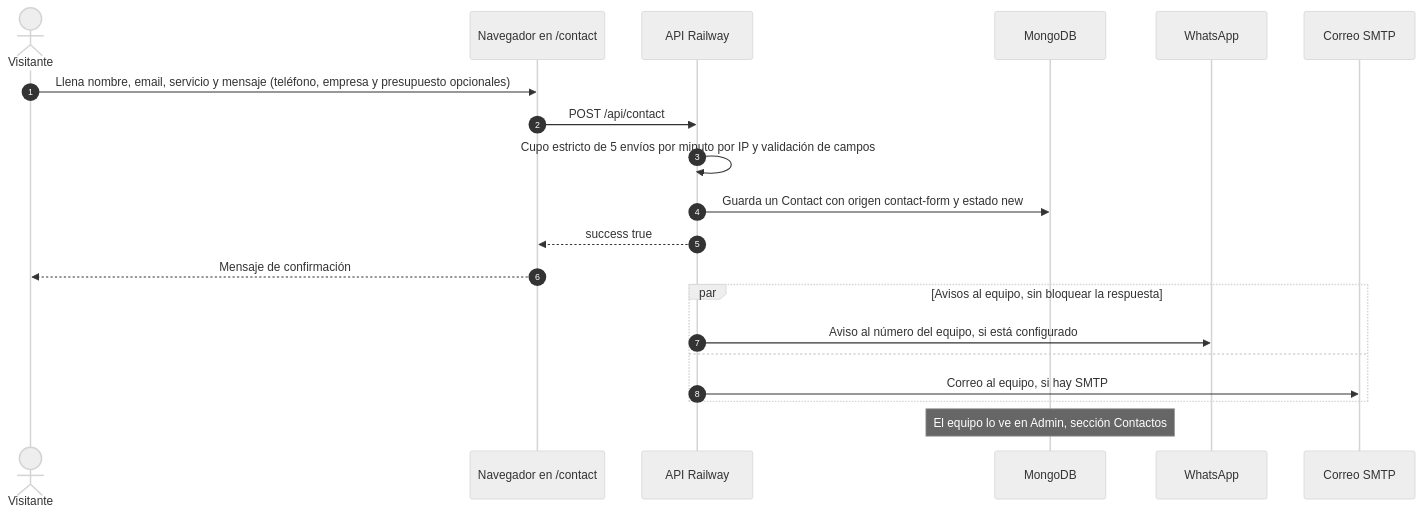
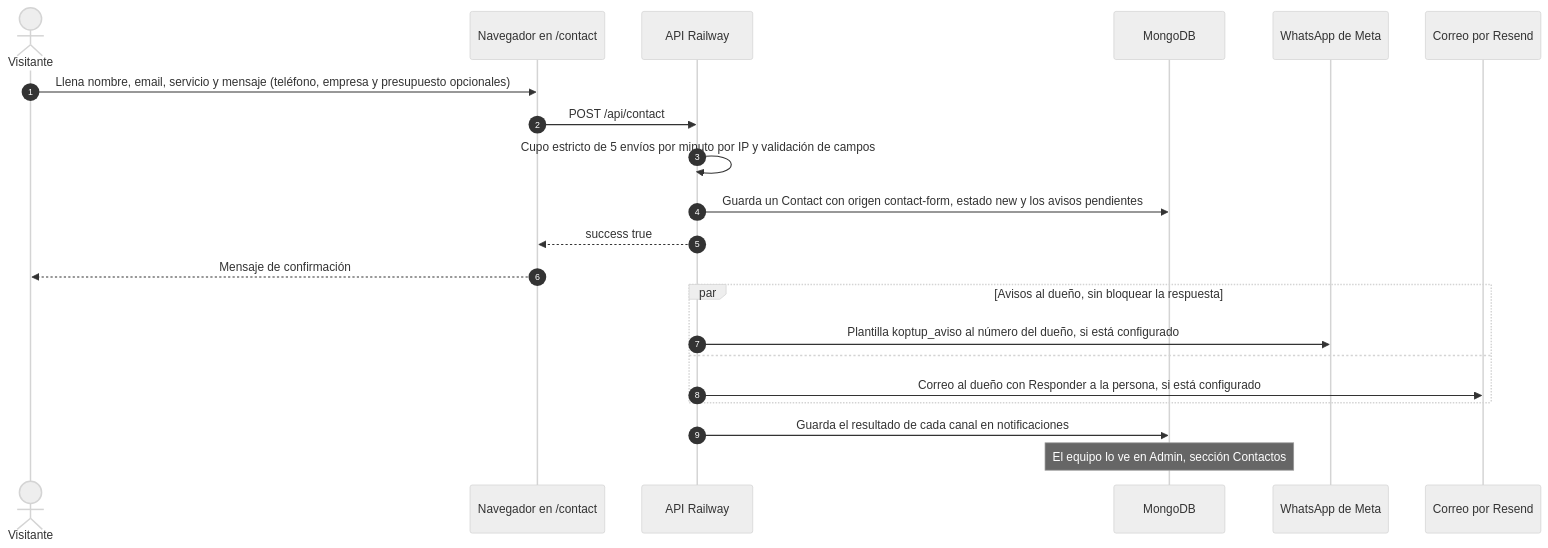
Before and after one commit to ronalc90/koptup: the fourth of 8 diagrams in docs/wiki/Doc-01-Arquitectura.md, drawn with Mermaid (neutral theme). The commit also changed other lines of this file and 45 other files, not shown here.

First line of the commit message:
docs(avisos): configuración de Resend y de la plantilla de WhatsApp, operación y wiki

````diff
--- a/docs/wiki/Doc-01-Arquitectura.md
+++ b/docs/wiki/Doc-01-Arquitectura.md
@@ -255,23 +256,24 @@
 ```mermaid
 sequenceDiagram
     autonumber
     actor V as Visitante
     participant N as Navegador en /contact
     participant A as API Railway
     participant D as MongoDB
-    participant W as WhatsApp
-    participant S as Correo SMTP
+    participant W as WhatsApp de Meta
+    participant S as Correo por Resend
 
     V->>N: Llena nombre, email, servicio y mensaje (teléfono, empresa y presupuesto opcionales)
     N->>A: POST /api/contact
     A->>A: Cupo estricto de 5 envíos por minuto por IP y validación de campos
-    A->>D: Guarda un Contact con origen contact-form y estado new
+    A->>D: Guarda un Contact con origen contact-form, estado new y los avisos pendientes
     A-->>N: success true
     N-->>V: Mensaje de confirmación
-    par Avisos al equipo, sin bloquear la respuesta
-        A->>W: Aviso al número del equipo, si está configurado
+    par Avisos al dueño, sin bloquear la respuesta
+        A->>W: Plantilla koptup_aviso al número del dueño, si está configurado
     and
-        A->>S: Correo al equipo, si hay SMTP
+        A->>S: Correo al dueño con Responder a la persona, si está configurado
     end
+    A->>D: Guarda el resultado de cada canal en notificaciones
     Note over D: El equipo lo ve en Admin, sección Contactos
 ```
````
